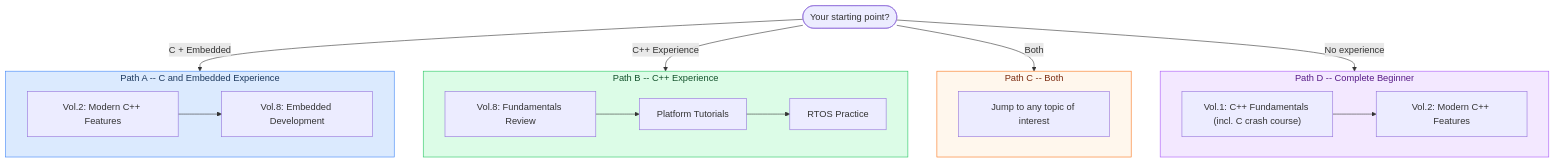
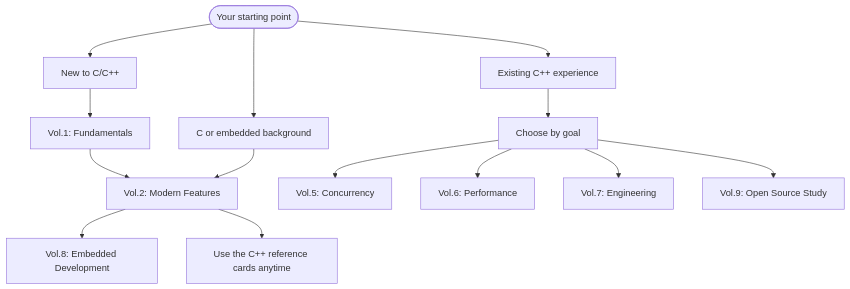
One commit to Awesome-Embedded-Learning-Studio/Tutorial_AwesomeModernCPP changed the second of 2 diagrams in README.en.md. Above: the diagram before and after it, drawn with Mermaid. The commit also changed other lines of this file and 67 other files, not shown here.

````diff
--- a/README.en.md
+++ b/README.en.md
@@ -65,24 +102,16 @@
 ```mermaid
 flowchart TD
-    subgraph PathA["Path A -- C and Embedded Experience"]
-        A1["Vol.2: Modern C++ Features"] --> A2["Vol.8: Embedded Development"]
-    end
-    subgraph PathB["Path B -- C++ Experience"]
-        B1["Vol.8: Fundamentals Review"] --> B2["Platform Tutorials"] --> B3["RTOS Practice"]
-    end
-    subgraph PathC["Path C -- Both"]
-        C1["Jump to any topic of interest"]
-    end
-    subgraph PathD["Path D -- Complete Beginner"]
-        D1["Vol.1: C++ Fundamentals (incl. C crash course)"] --> D2["Vol.2: Modern C++ Features"]
-    end
-    Start(["Your starting point?"]) -->|"C + Embedded"| PathA
-    Start -->|"C++ Experience"| PathB
-    Start -->|"Both"| PathC
-    Start -->|"No experience"| PathD
+    Start(["Your starting point"])
+    NewCPP["New to C/C++"] --> V1["Vol.1: Fundamentals"] --> V2["Vol.2: Modern Features"]
+    CEmbedded["C or embedded background"] --> V2 --> Embedded["Vol.8: Embedded Development"]
+    CPP["Existing C++ experience"] --> Pick["Choose by goal"]
+    Pick --> Concurrency["Vol.5: Concurrency"]
+    Pick --> Performance["Vol.6: Performance"]
+    Pick --> Engineering["Vol.7: Engineering"]
+    Pick --> Source["Vol.9: Open Source Study"]
+    V2 --> Reference["Use the C++ reference cards anytime"]
 
-    style PathA fill:#dbeafe,stroke:#3b82f6,color:#1e3a5f
-    style PathB fill:#dcfce7,stroke:#22c55e,color:#14532d
-    style PathC fill:#fff7ed,stroke:#f97316,color:#7c2d12
-    style PathD fill:#f3e8ff,stroke:#a855f7,color:#581c87
+    Start --> NewCPP
+    Start --> CEmbedded
+    Start --> CPP
 ```
````
